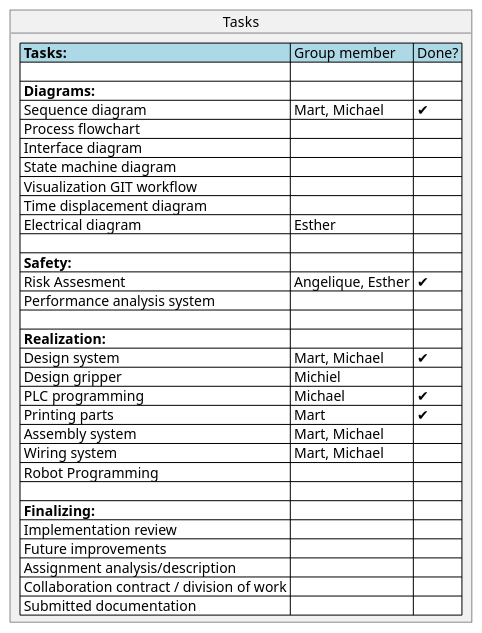
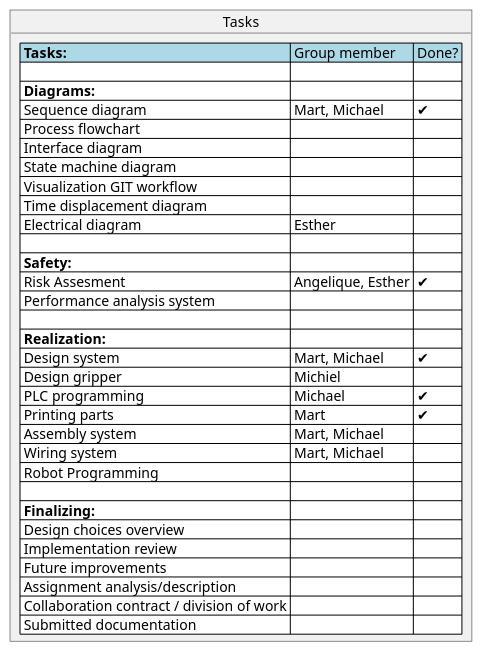
One commit to esther2022-byte/Process-and-Safety changed the diagram in task.puml. Above: the diagram before and after it, drawn with PlantUML.

Commit message:
task list

```diff
--- a/task.puml
+++ b/task.puml
@@ -1,36 +1,37 @@
 @startuml Tasks
 object Tasks {
     <#lightblue>|= Tasks: | Group member | Done? |
     <#white>| |
     <#white>|= Diagrams: | |
     <#white>| Sequence diagram | Mart, Michael | ✔|
     <#white>| Process flowchart | | |
     <#white>| Interface diagram | | |
     <#white>| State machine diagram | | |
     <#white>| Visualization GIT workflow | | |
     <#white>| Time displacement diagram | | |
     <#white>| Electrical diagram | Esther | |
     <#white>| |
     <#white>|= Safety: | | 
     <#white>| Risk Assesment | Angelique, Esther | ✔ |
     <#white>| Performance analysis system | | |
     <#white>| |
     <#white>|= Realization: | | 
     <#white>| Design system | Mart, Michael| ✔ |
     <#white>| Design gripper | Michiel | |
     <#white>| PLC programming | Michael | ✔ |
     <#white>| Printing parts | Mart | ✔ |
     <#white>| Assembly system | Mart, Michael | |
     <#white>| Wiring system | Mart, Michael | |
     <#white>| Robot Programming | | |
     <#white>| |
     <#white>|= Finalizing: | |
+    <#white>| Design choices overview | | |
     <#white>| Implementation review | | |
     <#white>| Future improvements | | |
     <#white>| Assignment analysis/description | | |
     <#white>| Collaboration contract / division of work | | |
     <#white>| Submitted documentation | | | 
 
   
 }
 @enduml
```
